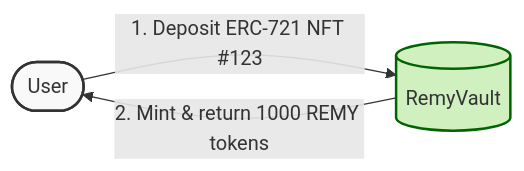
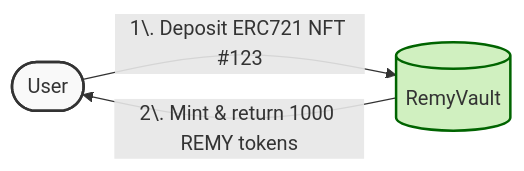
Before and after one commit to z80dev/RemyVaultV2-core: the diagram in README.md, drawn with Mermaid.

````diff
--- a/README.md
+++ b/README.md
@@ -33,15 +33,15 @@
 ``` mermaid
 flowchart LR
     User([User])
     RemyVault[(RemyVault)]
     
-    User -- "1. Deposit ERC-721 NFT #123" --> RemyVault
-    RemyVault -- "2. Mint & return 1000 REMY tokens" --> User
+    User -- 1\. Deposit ERC721 NFT #123 --> RemyVault
+    RemyVault -- 2\. Mint & return 1000 REMY tokens --> User
     
     %% Styling
     classDef user fill:#f9f9f9,stroke:#333,stroke-width:2px
     classDef vault fill:#d0f0c0,stroke:#006400,stroke-width:2px
     
     class User user
     class RemyVault vault
 ```
````
